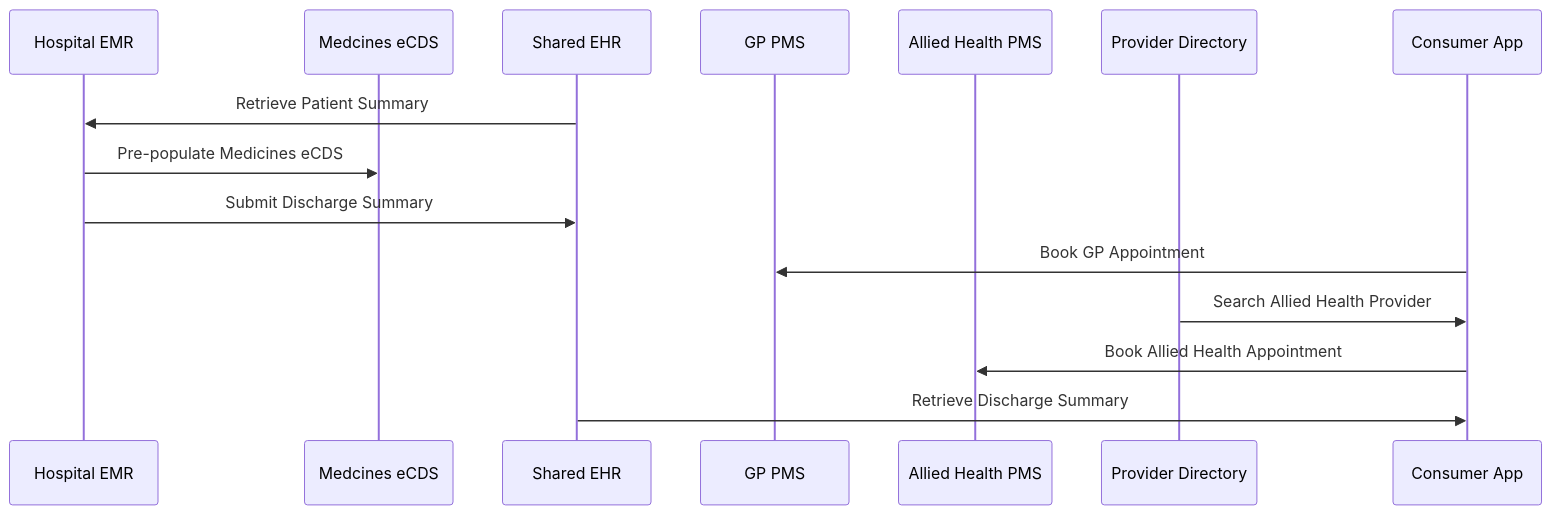
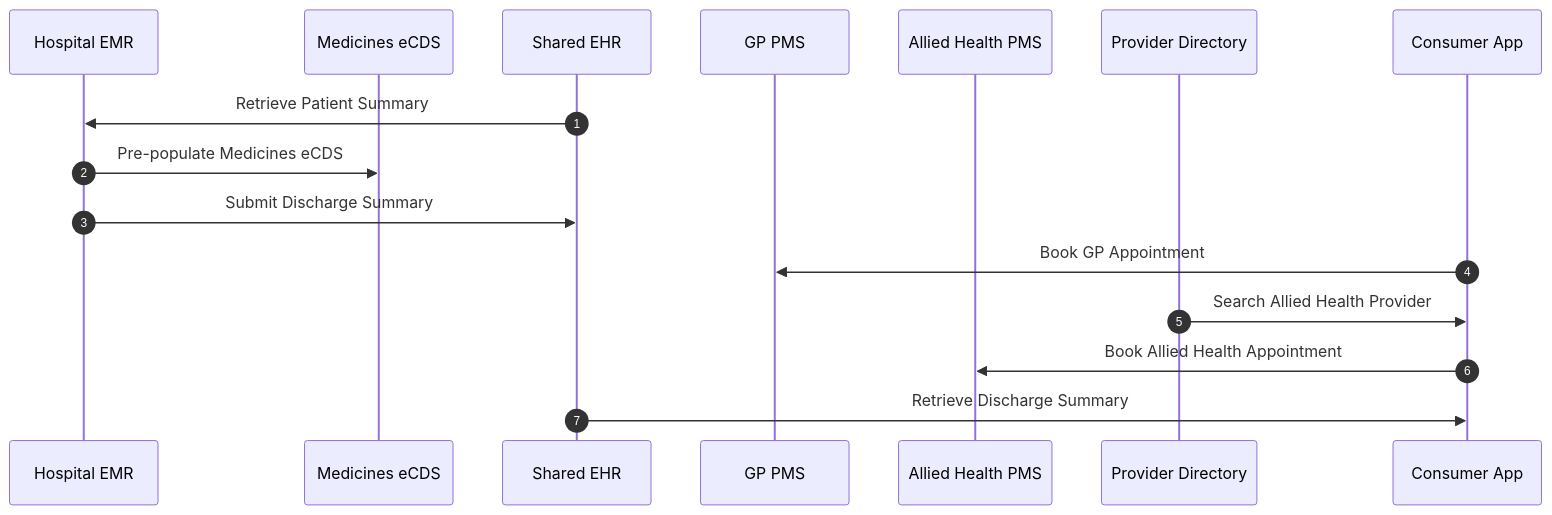
The fourth of 7 diagrams in au-fhir-test-data-set/connected-care/Alex Story Interactions.md (hl7au/au-fhir-test-data), drawn with Mermaid before and after one commit. The commit also changed other lines of this file, not shown here.

````diff
--- a/au-fhir-test-data-set/connected-care/Alex Story Interactions.md
+++ b/au-fhir-test-data-set/connected-care/Alex Story Interactions.md
@@ -112,21 +115,22 @@
 ```mermaid
 sequenceDiagram
+    autonumber
     participant EMR as Hospital EMR
-    participant eCDS as Medcines eCDS
+    participant eCDS as Medicines eCDS
     participant SEHR as Shared EHR
     participant PMS as GP PMS
     participant AHPMS as Allied Health PMS
     participant PD as Provider Directory
 
     participant PatApp as Consumer App
 
     SEHR->>EMR: Retrieve Patient Summary
     EMR->>eCDS: Pre-populate Medicines eCDS
 
     EMR->>SEHR: Submit Discharge Summary
 
     PatApp->>PMS: Book GP Appointment
     PD->>PatApp: Search Allied Health Provider
     PatApp->>AHPMS: Book Allied Health Appointment
     SEHR->>PatApp: Retrieve Discharge Summary
 ```
````
